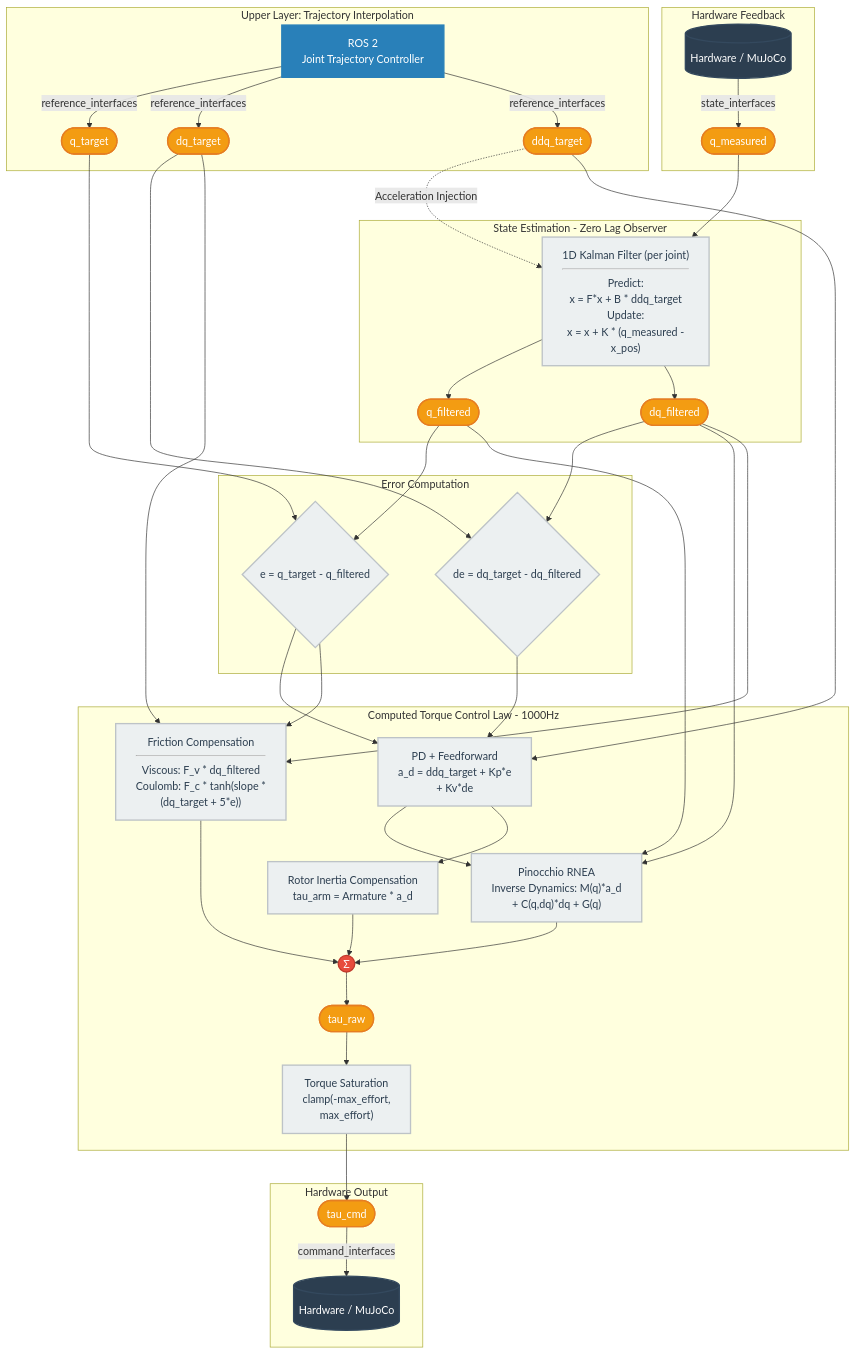
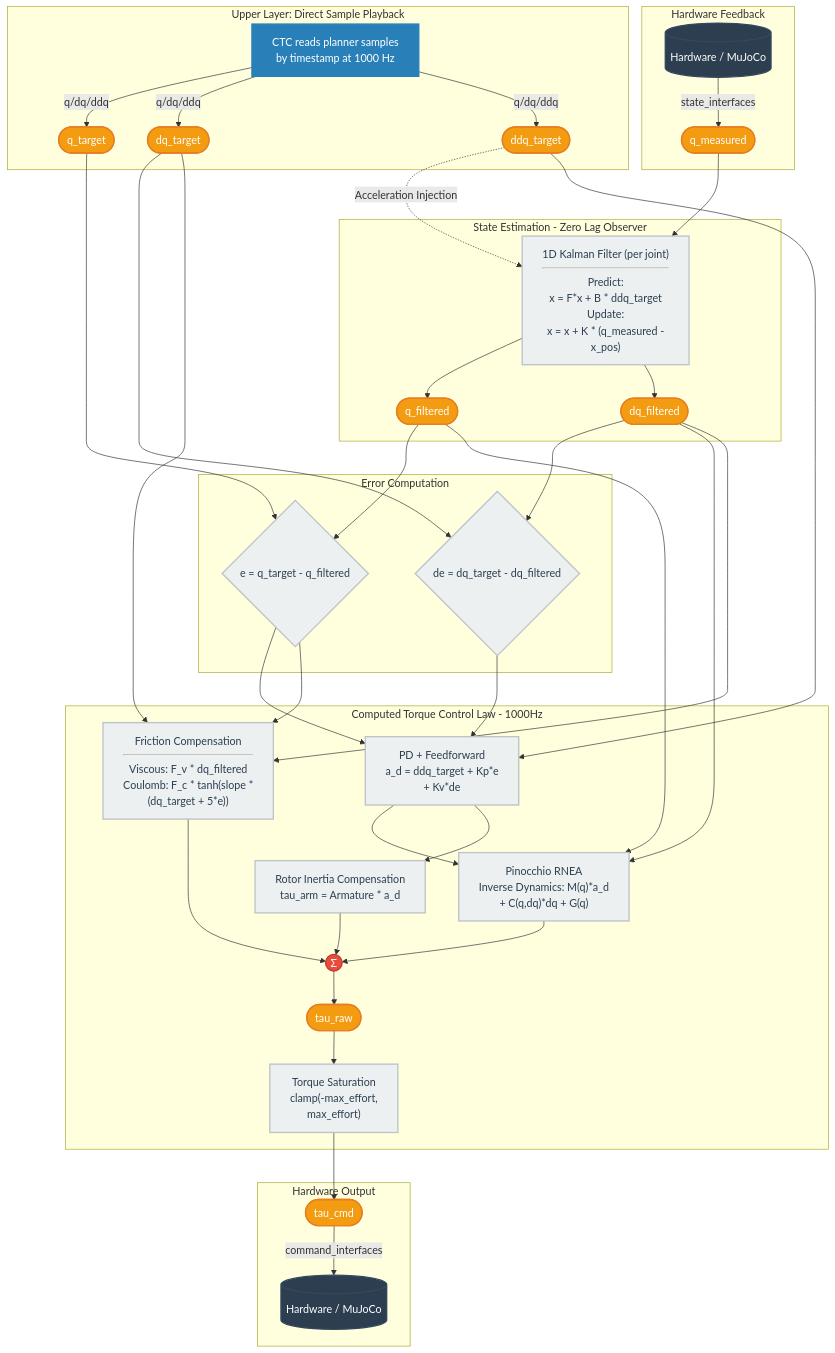
Before and after one commit to Tianyi-Wang-1206/Six-Axis-Robot-Trajectory-Planning-Dynamic-Control-and-Compliance-Control-Based-on-ROS-2-and-MuJoCo: the second of 2 diagrams in README.md, drawn with Mermaid. The commit also changed other lines of this file and 15 other files, not shown here.

````diff
--- a/README.md
+++ b/README.md
@@ -125,70 +124,70 @@
 ```mermaid
 flowchart TD
     %% Define Styles
     classDef hardware fill:#2c3e50,stroke:#34495e,stroke-width:2px,color:#fff;
-    classDef jtc fill:#2980b9,stroke:#2980b9,stroke-width:2px,color:#fff;
+    classDef trajectory fill:#2980b9,stroke:#2980b9,stroke-width:2px,color:#fff;
     classDef data fill:#f39c12,stroke:#e67e22,stroke-width:2px,color:#fff,shape:pill;
     classDef calc fill:#ecf0f1,stroke:#bdc3c7,stroke-width:2px,color:#2c3e50;
     classDef sum fill:#e74c3c,stroke:#c0392b,stroke-width:2px,color:#fff,shape:circle;
 
     %% 1. Upstream Layer
-    subgraph L1 [Upper Layer: Trajectory Interpolation]
-        JTC[ROS 2<br/>Joint Trajectory Controller]:::jtc
-        JTC -- reference_interfaces --> Q_T([q_target]):::data
-        JTC -- reference_interfaces --> DQ_T([dq_target]):::data
-        JTC -- reference_interfaces --> DDQ_T([ddq_target]):::data
+    subgraph L1 [Upper Layer: Direct Sample Playback]
+        Samples[CTC reads planner samples<br/>by timestamp at 1000 Hz]:::trajectory
+        Samples -- q/dq/ddq --> Q_T([q_target]):::data
+        Samples -- q/dq/ddq --> DQ_T([dq_target]):::data
+        Samples -- q/dq/ddq --> DDQ_T([ddq_target]):::data
     end
 
     %% 2. Hardware Feedback
     subgraph L2 [Hardware Feedback]
         HW_Read[(Hardware / MuJoCo)]:::hardware
         HW_Read -- state_interfaces --> Q_M([q_measured]):::data
     end
 
     %% 3. State Estimator (Zero-Lag Observer)
     subgraph L3 [State Estimation - Zero Lag Observer]
         KF["1D Kalman Filter (per joint)<hr/>Predict:<br/>x = F*x + B * ddq_target<br/>Update:<br/>x = x + K * (q_measured -<br/>x_pos)"]:::calc
         Q_M --> KF
         DDQ_T -. Acceleration Injection .-> KF
         KF --> Q_F([q_filtered]):::data
         KF --> DQ_F([dq_filtered]):::data
     end
 
     %% 4. Error Computation
     subgraph L4 [Error Computation]
         Q_T --> ERR_Q{"e = q_target - q_filtered"}:::calc
         Q_F --> ERR_Q
         DQ_T --> ERR_DQ{"de = dq_target - dq_filtered"}:::calc
         DQ_F --> ERR_DQ
     end
 
     %% 5. Control Law & Dynamics
     subgraph L5 [Computed Torque Control Law - 1000Hz]
         ERR_Q --> PD["PD + Feedforward<br/>a_d = ddq_target + Kp*e<br/>+ Kv*de"]:::calc
         ERR_DQ --> PD
         DDQ_T --> PD
 
         PD --> RNEA["Pinocchio RNEA<br/>Inverse Dynamics: M(q)*a_d<br/>+ C(q,dq)*dq + G(q)"]:::calc
         Q_F --> RNEA
         DQ_F --> RNEA
 
         PD --> ARM["Rotor Inertia Compensation<br/>tau_arm = Armature * a_d"]:::calc
 
         DQ_F --> FRIC["Friction Compensation<hr/>Viscous: F_v * dq_filtered<br/>Coulomb: F_c * tanh(slope *<br/>(dq_target + 5*e))"]:::calc
         DQ_T --> FRIC
         ERR_Q --> FRIC
 
         RNEA --> SUM(("Σ")):::sum
         ARM --> SUM
         FRIC --> SUM
 
         SUM --> TAU_RAW([tau_raw]):::data
         TAU_RAW --> SAT["Torque Saturation<br/>clamp(-max_effort,<br/>max_effort)"]:::calc
     end
 
     %% 6. Hardware Output
     subgraph L6 [Hardware Output]
         SAT --> TAU_CMD([tau_cmd]):::data
         TAU_CMD -- command_interfaces --> HW_Write[(Hardware / MuJoCo)]:::hardware
     end
 ```
````
